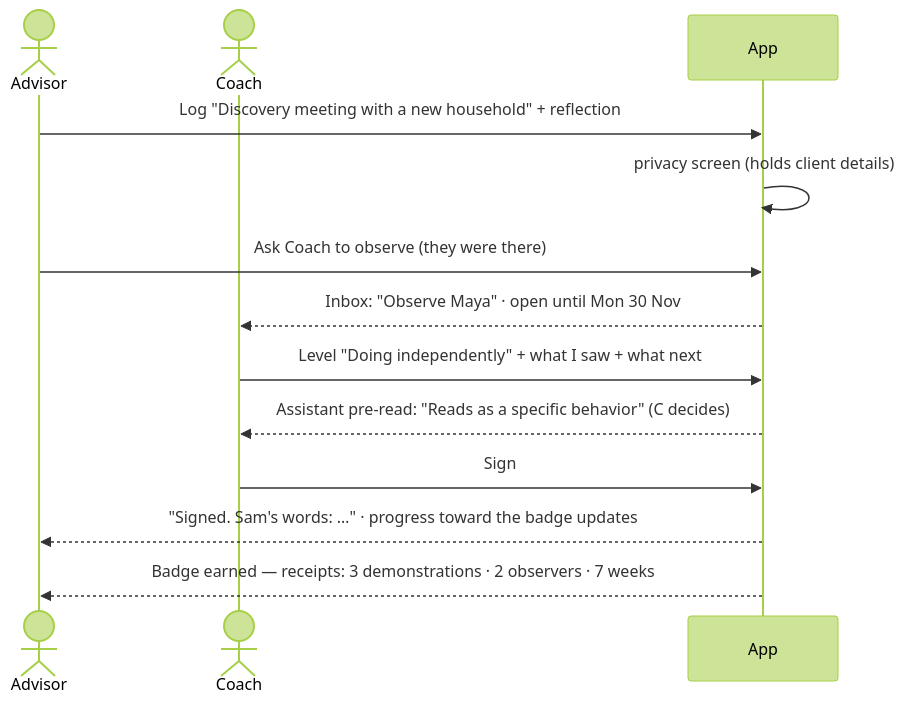
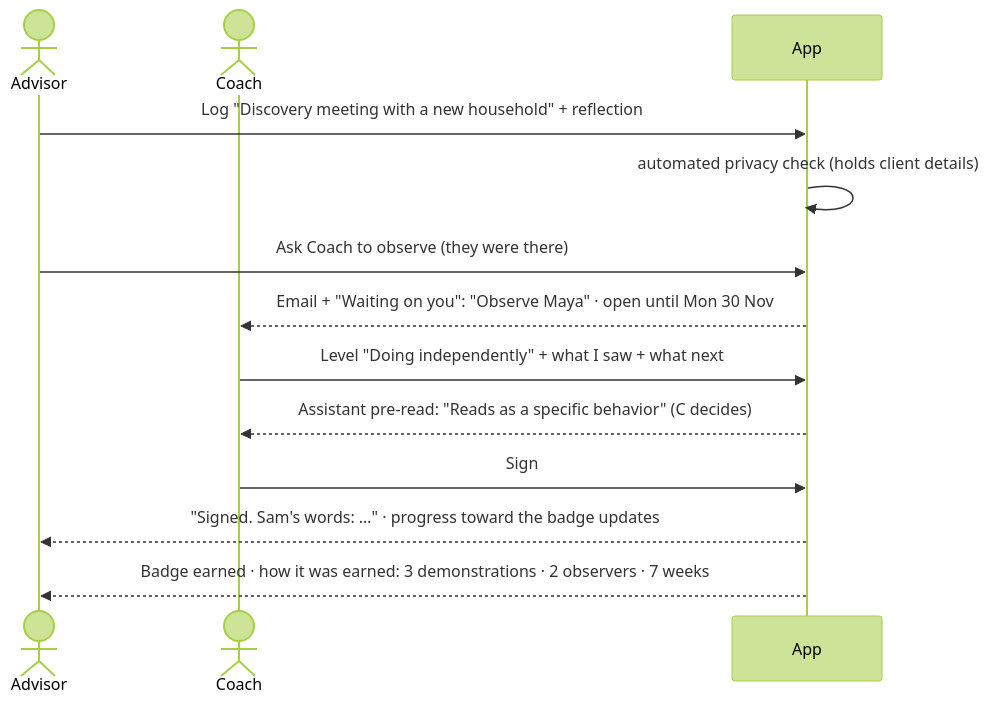
Before and after one commit to brandonbryant12/project-x: the third of 3 diagrams in docs/product/overview.md, drawn with Mermaid (forest theme). The commit also changed other lines of this file and 8 other files, not shown here.

````diff
--- a/docs/product/overview.md
+++ b/docs/product/overview.md
@@ -78,15 +64,15 @@
 ```mermaid
 sequenceDiagram
   actor A as Advisor
   actor C as Coach
   participant App
   A->>App: Log "Discovery meeting with a new household" + reflection
-  App->>App: privacy screen (holds client details)
+  App->>App: automated privacy check (holds client details)
   A->>App: Ask Coach to observe (they were there)
-  App-->>C: Inbox: "Observe Maya" · open until Mon 30 Nov
+  App-->>C: Email + "Waiting on you": "Observe Maya" · open until Mon 30 Nov
   C->>App: Level "Doing independently" + what I saw + what next
   App-->>C: Assistant pre-read: "Reads as a specific behavior" (C decides)
   C->>App: Sign
   App-->>A: "Signed. Sam's words: …" · progress toward the badge updates
-  App-->>A: Badge earned — receipts: 3 demonstrations · 2 observers · 7 weeks
+  App-->>A: Badge earned · how it was earned: 3 demonstrations · 2 observers · 7 weeks
 ```
````
